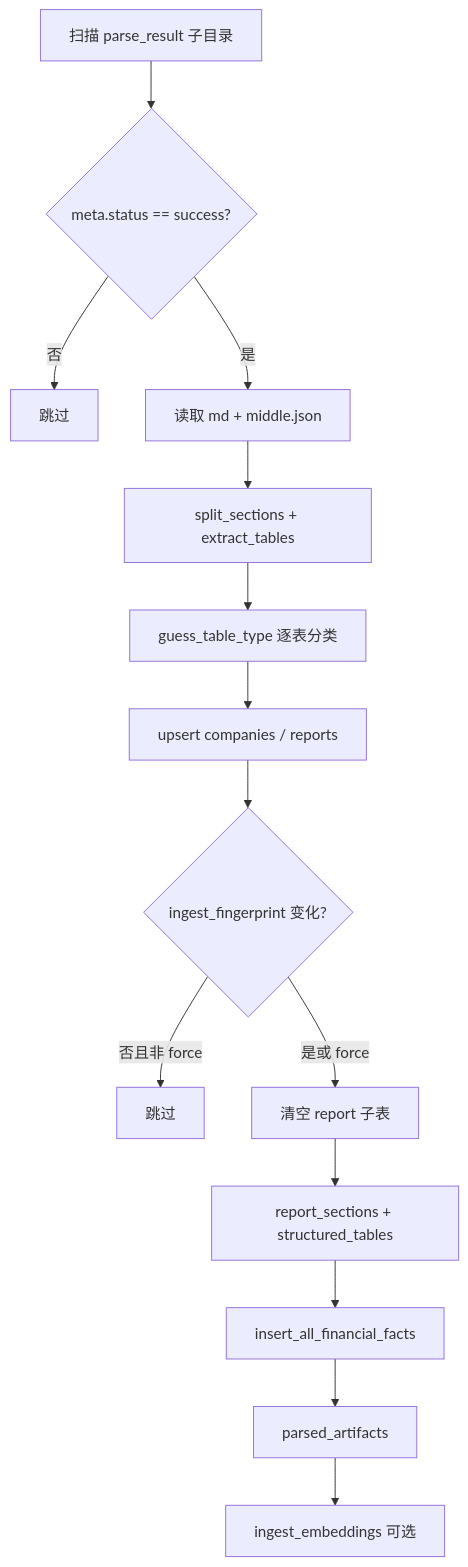
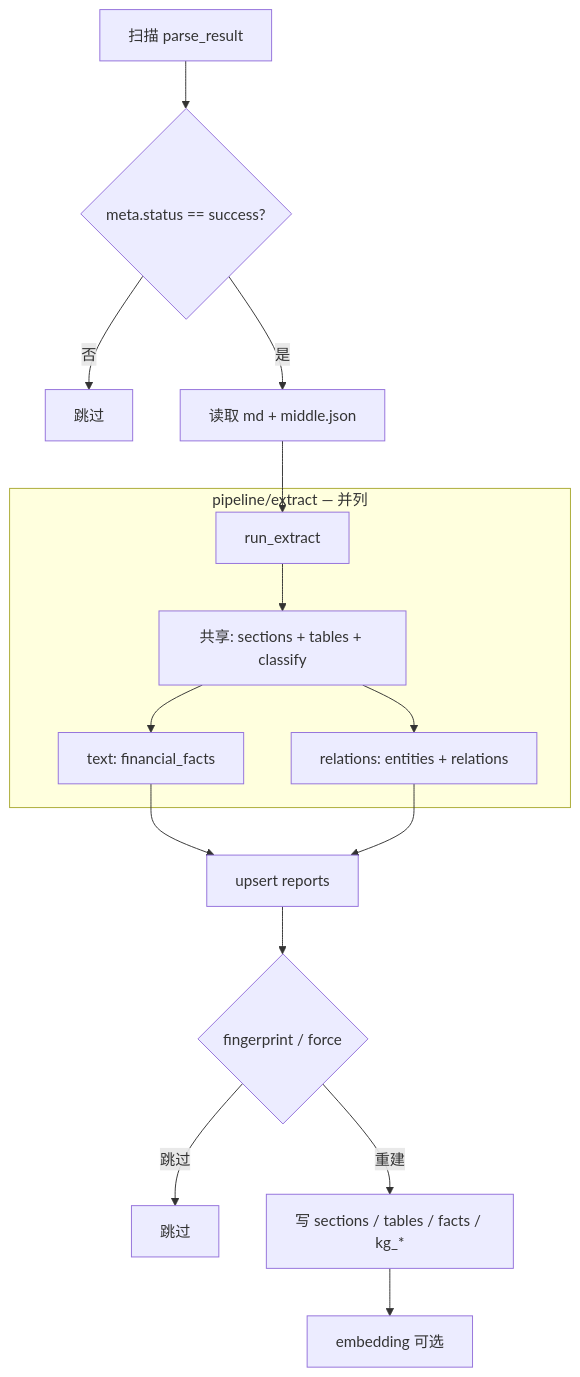
The diagram in doc/ingest.md (wrongtrojan/cn-equity-report-analyzer), drawn with Mermaid before and after one commit. The commit also changed other lines of this file and 49 other files, not shown here.

First line of the commit message:
feat: add parallel extract layer, KG relations, graph report, and doc system

````diff
--- a/doc/ingest.md
+++ b/doc/ingest.md
@@ -33,16 +57,20 @@
 ```mermaid
 flowchart TD
-  A[扫描 parse_result 子目录] --> B{meta.status == success?}
+  A[扫描 parse_result] --> B{meta.status == success?}
   B -->|否| Z[跳过]
   B -->|是| C[读取 md + middle.json]
-  C --> D[split_sections + extract_tables]
-  D --> E[guess_table_type 逐表分类]
-  E --> F[upsert companies / reports]
-  F --> G{ingest_fingerprint 变化?}
-  G -->|否且非 force| Z2[跳过]
-  G -->|是或 force| H[清空 report 子表]
-  H --> I[report_sections + structured_tables]
-  I --> J[insert_all_financial_facts]
-  J --> K[parsed_artifacts]
-  K --> L[ingest_embeddings 可选]
+  C --> D[run_extract]
+
+  subgraph extract [pipeline/extract — 并列]
+    D --> S[共享: sections + tables + classify]
+    S --> T1[text: financial_facts]
+    S --> T2[relations: entities + relations]
+  end
+
+  T1 --> E[upsert reports]
+  T2 --> E
+  E --> F{fingerprint / force}
+  F -->|跳过| Z2[跳过]
+  F -->|重建| G[写 sections / tables / facts / kg_*]
+  G --> H[embedding 可选]
 ```
````
